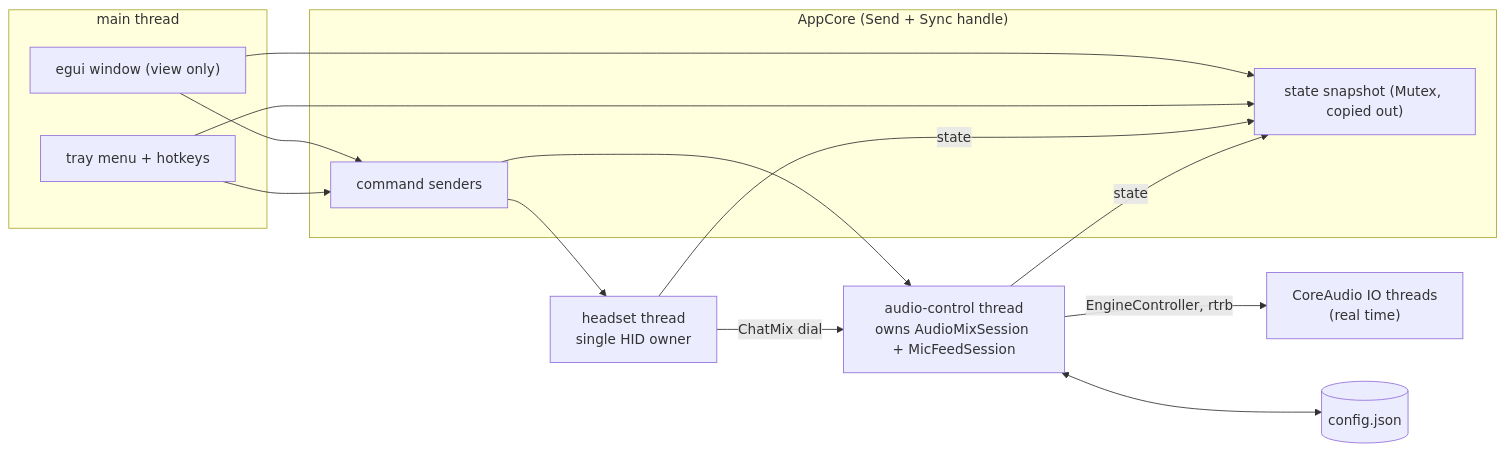
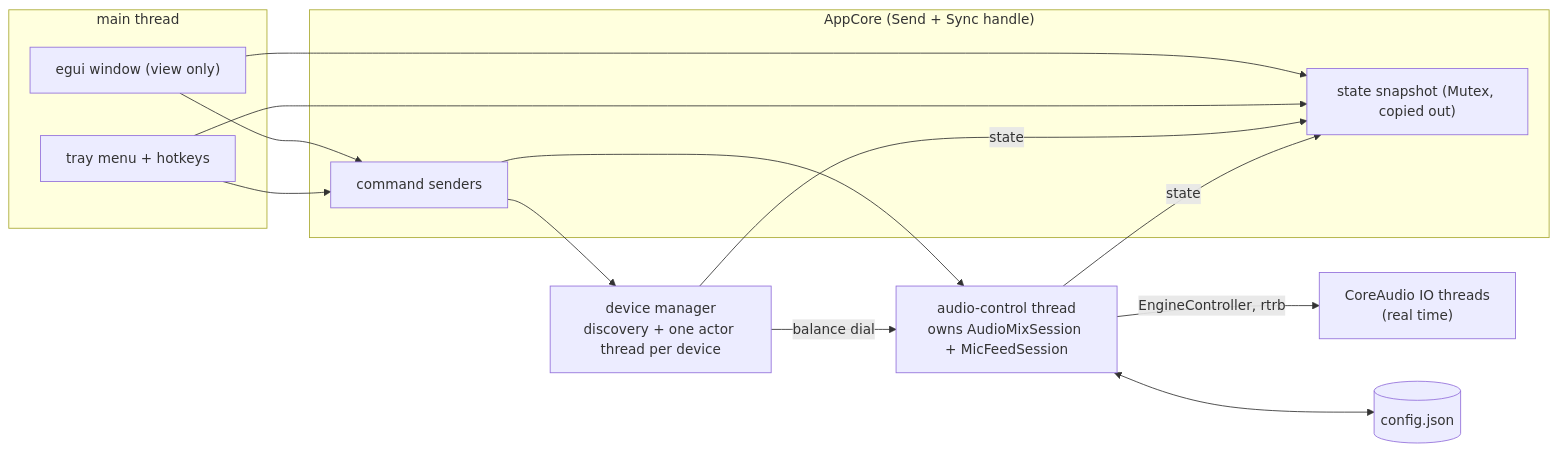
Before and after one commit to leonseemann/openseries: the diagram in docs/architecture/app.md, drawn with Mermaid. The commit also changed other lines of this file and 5 other files, not shown here.

````diff
--- a/docs/architecture/app.md
+++ b/docs/architecture/app.md
@@ -9,23 +9,23 @@
 ```mermaid
 flowchart LR
   subgraph main["main thread"]
     UI["egui window (view only)"]
     TRAY["tray menu + hotkeys"]
   end
   subgraph core["AppCore (Send + Sync handle)"]
     CMD["command senders"]
     SNAP["state snapshot (Mutex, copied out)"]
   end
-  HS["headset thread<br/>single HID owner"]
+  DM["device manager<br/>discovery + one actor thread per device"]
   AU["audio-control thread<br/>owns AudioMixSession + MicFeedSession"]
   CA["CoreAudio IO threads<br/>(real time)"]
   STORE[("config.json")]
   UI & TRAY --> CMD
   UI & TRAY --> SNAP
-  CMD --> HS & AU
-  HS -->|state| SNAP
+  CMD --> DM & AU
+  DM -->|state| SNAP
   AU -->|state| SNAP
-  HS -->|ChatMix dial| AU
+  DM -->|balance dial| AU
   AU -->|EngineController, rtrb| CA
   AU <--> STORE
 ```
````
